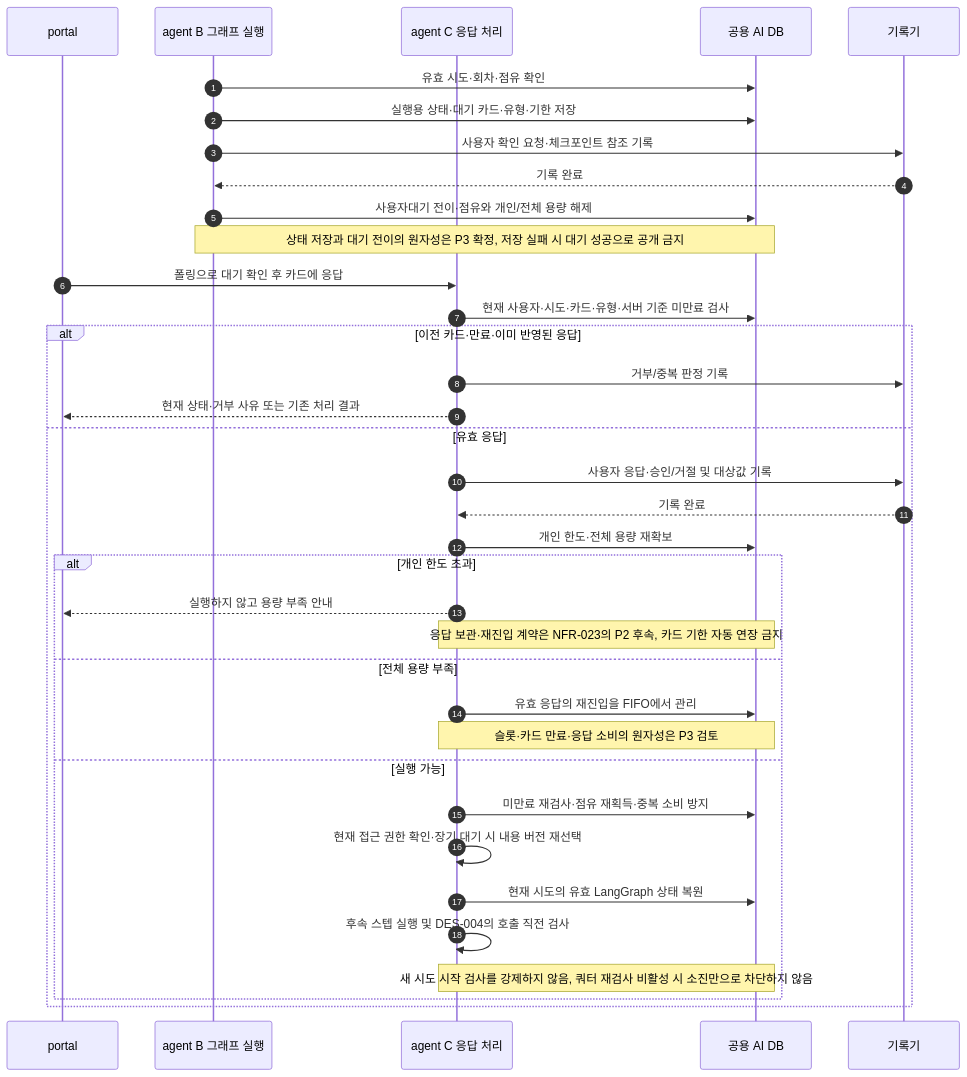
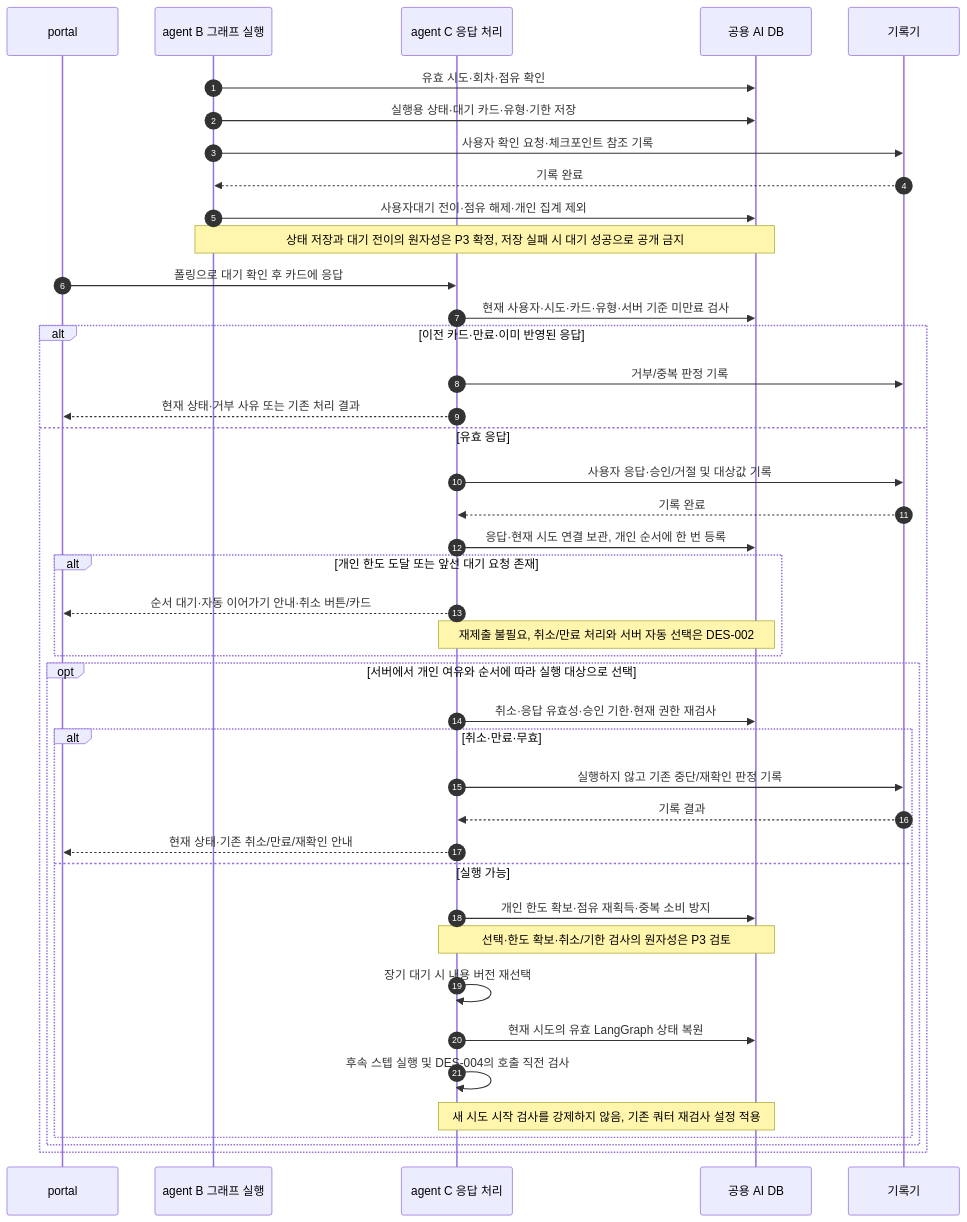
One commit to choijoobok/ai-agent changed the first of 3 diagrams in documents/design/agent-lifecycle-sequences.md. Above: the diagram before and after it, drawn with Mermaid. The commit also changed other lines of this file and 25 other files, not shown here.

````diff
--- a/documents/design/agent-lifecycle-sequences.md
+++ b/documents/design/agent-lifecycle-sequences.md
@@ -37,38 +37,44 @@
 ```mermaid
 sequenceDiagram
     autonumber
     participant P as portal
     participant B as agent B 그래프 실행
     participant C as agent C 응답 처리
     participant D as 공용 AI DB
     participant H as 기록기
     B->>D: 유효 시도·회차·점유 확인
     B->>D: 실행용 상태·대기 카드·유형·기한 저장
     B->>H: 사용자 확인 요청·체크포인트 참조 기록
     H-->>B: 기록 완료
-    B->>D: 사용자대기 전이·점유와 개인/전체 용량 해제
+    B->>D: 사용자대기 전이·점유 해제·개인 집계 제외
     Note over B,D: 상태 저장과 대기 전이의 원자성은 P3 확정, 저장 실패 시 대기 성공으로 공개 금지
     P->>C: 폴링으로 대기 확인 후 카드에 응답
     C->>D: 현재 사용자·시도·카드·유형·서버 기준 미만료 검사
     alt 이전 카드·만료·이미 반영된 응답
         C->>H: 거부/중복 판정 기록
         C-->>P: 현재 상태·거부 사유 또는 기존 처리 결과
     else 유효 응답
         C->>H: 사용자 응답·승인/거절 및 대상값 기록
         H-->>C: 기록 완료
-        C->>D: 개인 한도·전체 용량 재확보
-        alt 개인 한도 초과
-            C-->>P: 실행하지 않고 용량 부족 안내
-            Note over C,D: 응답 보관·재진입 계약은 NFR-023의 P2 후속, 카드 기한 자동 연장 금지
-        else 전체 용량 부족
-            C->>D: 유효 응답의 재진입을 FIFO에서 관리
-            Note over C,D: 슬롯·카드 만료·응답 소비의 원자성은 P3 검토
+        C->>D: 응답·현재 시도 연결 보관, 개인 순서에 한 번 등록
+        alt 개인 한도 도달 또는 앞선 대기 요청 존재
+            C-->>P: 순서 대기·자동 이어가기 안내·취소 버튼/카드
+            Note over C,D: 재제출 불필요, 취소/만료 처리와 서버 자동 선택은 DES-002
+        end
+        opt 서버에서 개인 여유와 순서에 따라 실행 대상으로 선택
+        C->>D: 취소·응답 유효성·승인 기한·현재 권한 재검사
+        alt 취소·만료·무효
+            C->>H: 실행하지 않고 기존 중단/재확인 판정 기록
+            H-->>C: 기록 결과
+            C-->>P: 현재 상태·기존 취소/만료/재확인 안내
         else 실행 가능
-            C->>D: 미만료 재검사·점유 재획득·중복 소비 방지
-            C->>C: 현재 접근 권한 확인·장기 대기 시 내용 버전 재선택
+            C->>D: 개인 한도 확보·점유 재획득·중복 소비 방지
+            Note over C,D: 선택·한도 확보·취소/기한 검사의 원자성은 P3 검토
+            C->>C: 장기 대기 시 내용 버전 재선택
             C->>D: 현재 시도의 유효 LangGraph 상태 복원
             C->>C: 후속 스텝 실행 및 DES-004의 호출 직전 검사
-            Note over C,D: 새 시도 시작 검사를 강제하지 않음, 쿼터 재검사 비활성 시 소진만으로 차단하지 않음
+            Note over C,D: 새 시도 시작 검사를 강제하지 않음, 기존 쿼터 재검사 설정 적용
+        end
         end
     end
 ```
````
